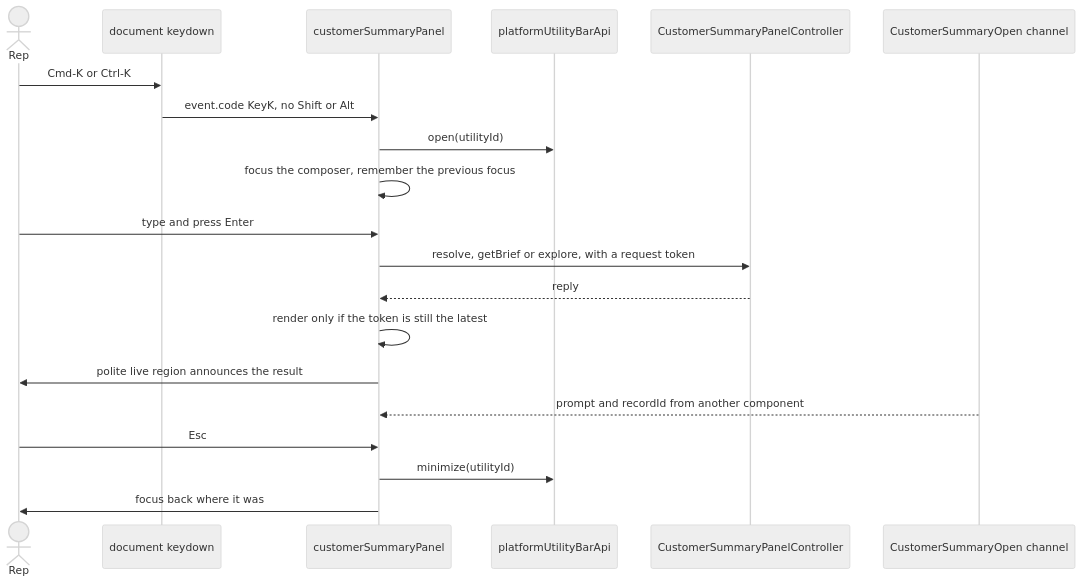
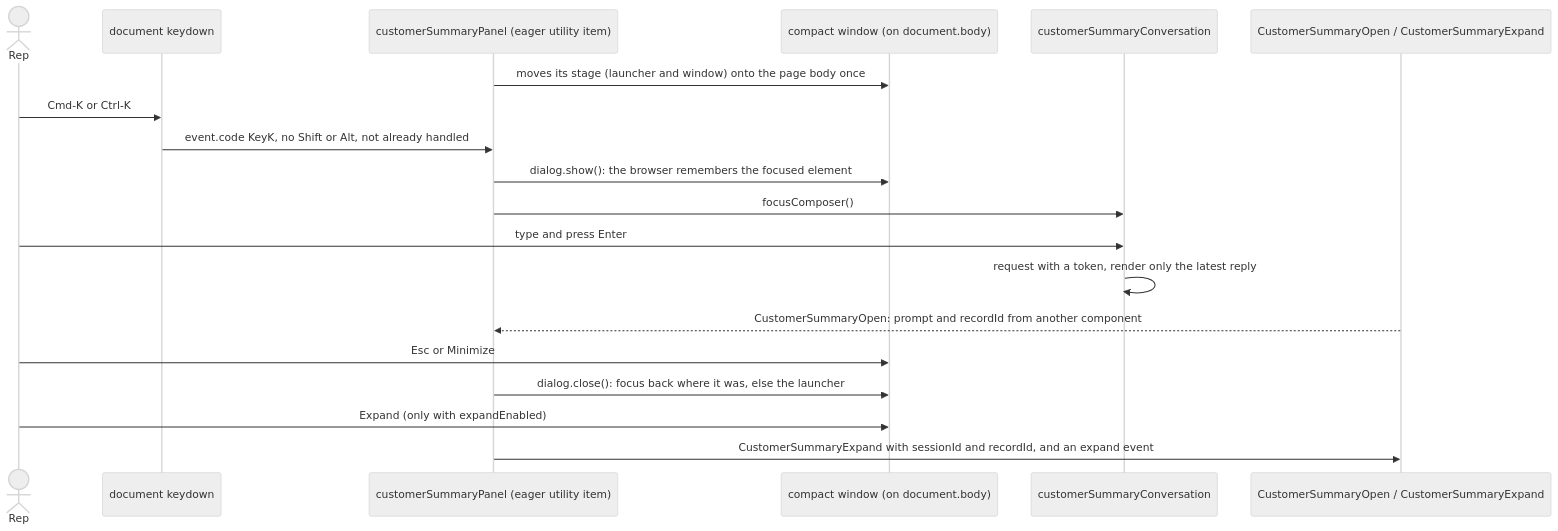
The diagram in docs/patterns/03-hotkey-panel.md (nelsben/generic-agent), drawn with Mermaid (neutral theme) before and after one commit. The commit also changed other lines of this file and 14 other files, not shown here.

First line of the commit message:
FE-13: compact window in the bottom right, Cmd/Ctrl-K, launcher, minimize, expand behind a flag

````diff
--- a/docs/patterns/03-hotkey-panel.md
+++ b/docs/patterns/03-hotkey-panel.md
@@ -18,22 +20,21 @@
 ```mermaid
 sequenceDiagram
     actor U as Rep
     participant DOC as document keydown
-    participant P as customerSummaryPanel
-    participant UB as platformUtilityBarApi
-    participant C as CustomerSummaryPanelController
-    participant LMS as CustomerSummaryOpen channel
+    participant P as customerSummaryPanel (eager utility item)
+    participant W as compact window (on document.body)
+    participant C as customerSummaryConversation
+    participant LMS as CustomerSummaryOpen / CustomerSummaryExpand
+    P->>W: moves its stage (launcher and window) onto the page body once
     U->>DOC: Cmd-K or Ctrl-K
-    DOC->>P: event.code KeyK, no Shift or Alt
-    P->>UB: open(utilityId)
-    P->>P: focus the composer, remember the previous focus
-    U->>P: type and press Enter
-    P->>C: resolve, getBrief or explore, with a request token
-    C-->>P: reply
-    P->>P: render only if the token is still the latest
-    P->>U: polite live region announces the result
-    LMS-->>P: prompt and recordId from another component
-    U->>P: Esc
-    P->>UB: minimize(utilityId)
-    P->>U: focus back where it was
+    DOC->>P: event.code KeyK, no Shift or Alt, not already handled
+    P->>W: dialog.show(): the browser remembers the focused element
+    P->>C: focusComposer()
+    U->>C: type and press Enter
+    C->>C: request with a token, render only the latest reply
+    LMS-->>P: CustomerSummaryOpen: prompt and recordId from another component
+    U->>W: Esc or Minimize
+    P->>W: dialog.close(): focus back where it was, else the launcher
+    U->>W: Expand (only with expandEnabled)
+    P->>LMS: CustomerSummaryExpand with sessionId and recordId, and an expand event
 ```
````
